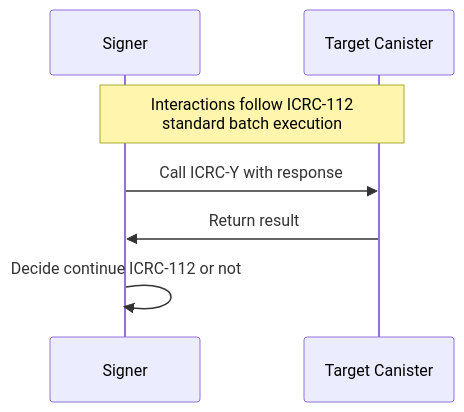
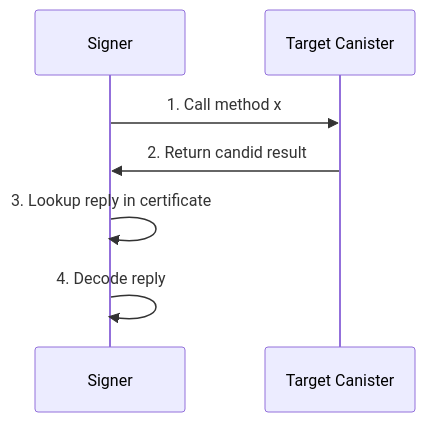
One commit to dfinity/wg-identity-authentication changed the first of 2 diagrams in topics/icrc_114_validation_canister.md. Above: the diagram before and after it, drawn with Mermaid. The commit also changed other lines of this file and 1 other file, not shown here.

First line of the commit message:
Update ICRC-112 and ICRC-114 (#232)

````diff
--- a/topics/icrc_114_validation_canister.md
+++ b/topics/icrc_114_validation_canister.md
@@ -70,11 +31,9 @@
 ```mermaid
 sequenceDiagram
     participant S as Signer
     participant C as Target Canister
-    Note over C, S: Interactions follow ICRC-112 <br /> standard batch execution
-    S ->> C: Call ICRC-Y with response
-    C ->> S: Return result
-    S ->> S: Decide continue ICRC-112 or not
-
-
+    S ->> C: 1. Call method x
+    C ->> S: 2. Return candid result
+    S ->> S: 3. Lookup reply in certificate
+    S ->> S: 4. Decode reply
 ```
````
